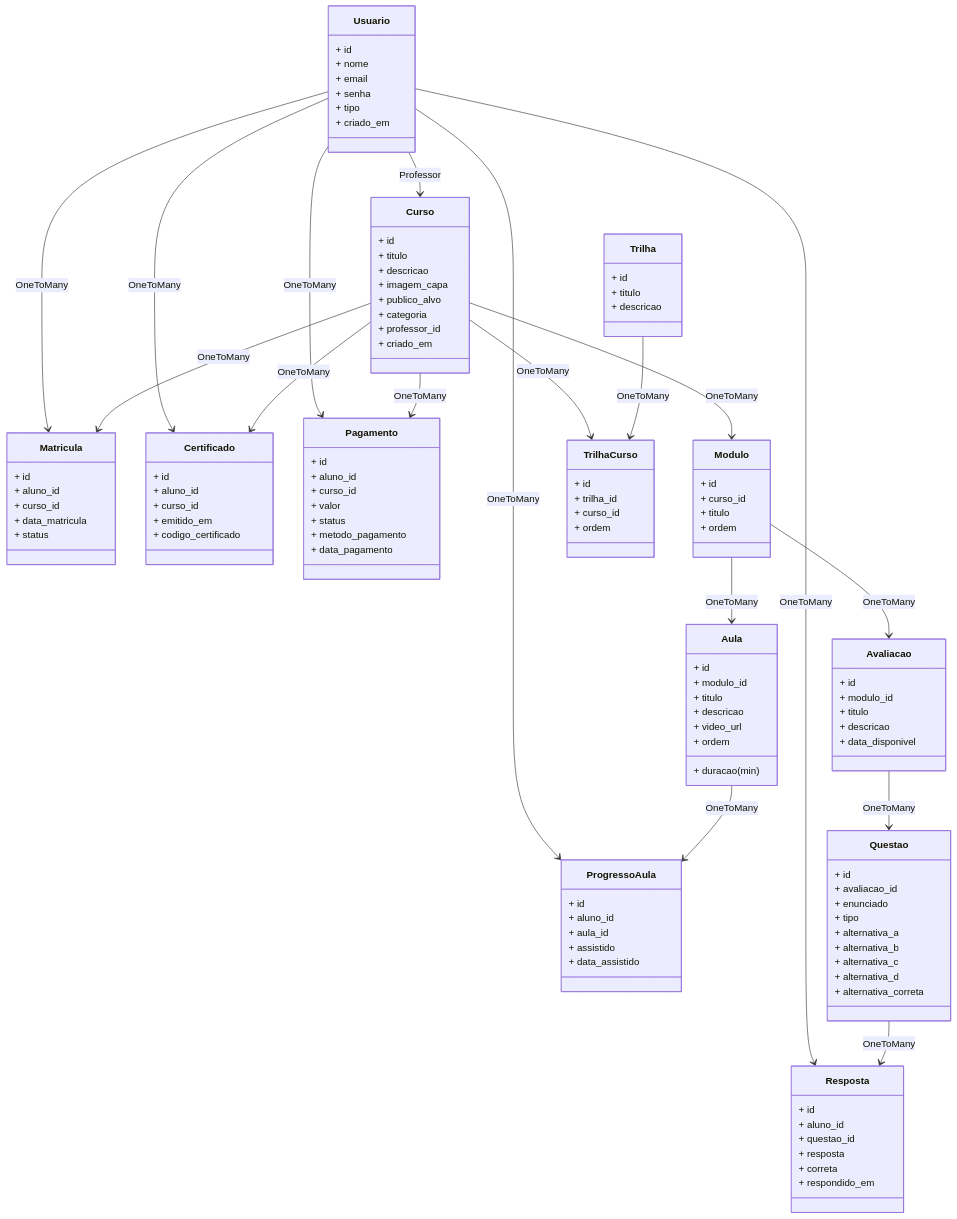
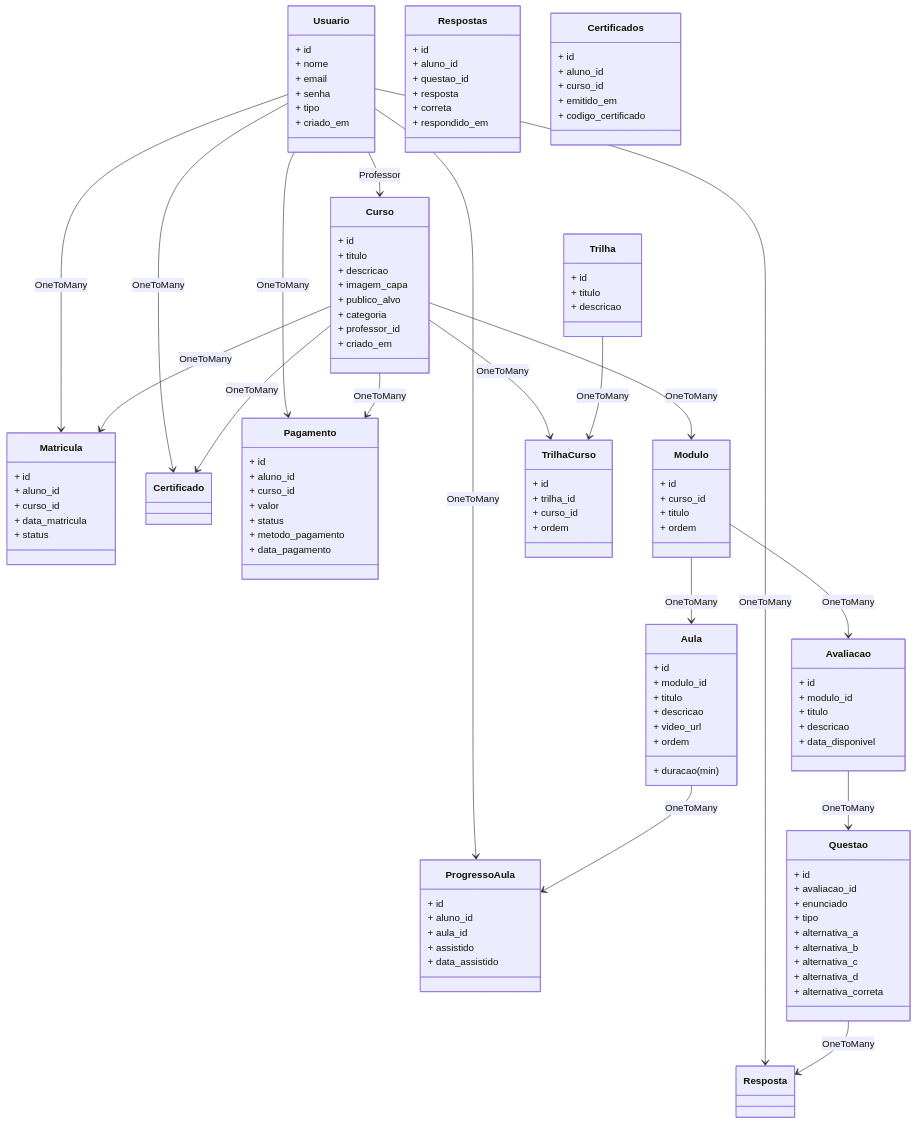
One commit to JoseEduardo-max/Escola_EAD changed the diagram in README.md. Above: the diagram before and after it, drawn with Mermaid.

Commit message:
corrige os bug do diagrama

```diff
--- a/README.md
+++ b/README.md
@@ -187,7 +187,7 @@
         + alternativa_correta
     }
 
-    class Resposta {
+    class Respostas {
         + id
         + aluno_id
         + questao_id
@@ -196,7 +196,7 @@
         + respondido_em
     }
 
-    class Certificado {
+    class Certificados {
         + id
         + aluno_id
         + curso_id
```
